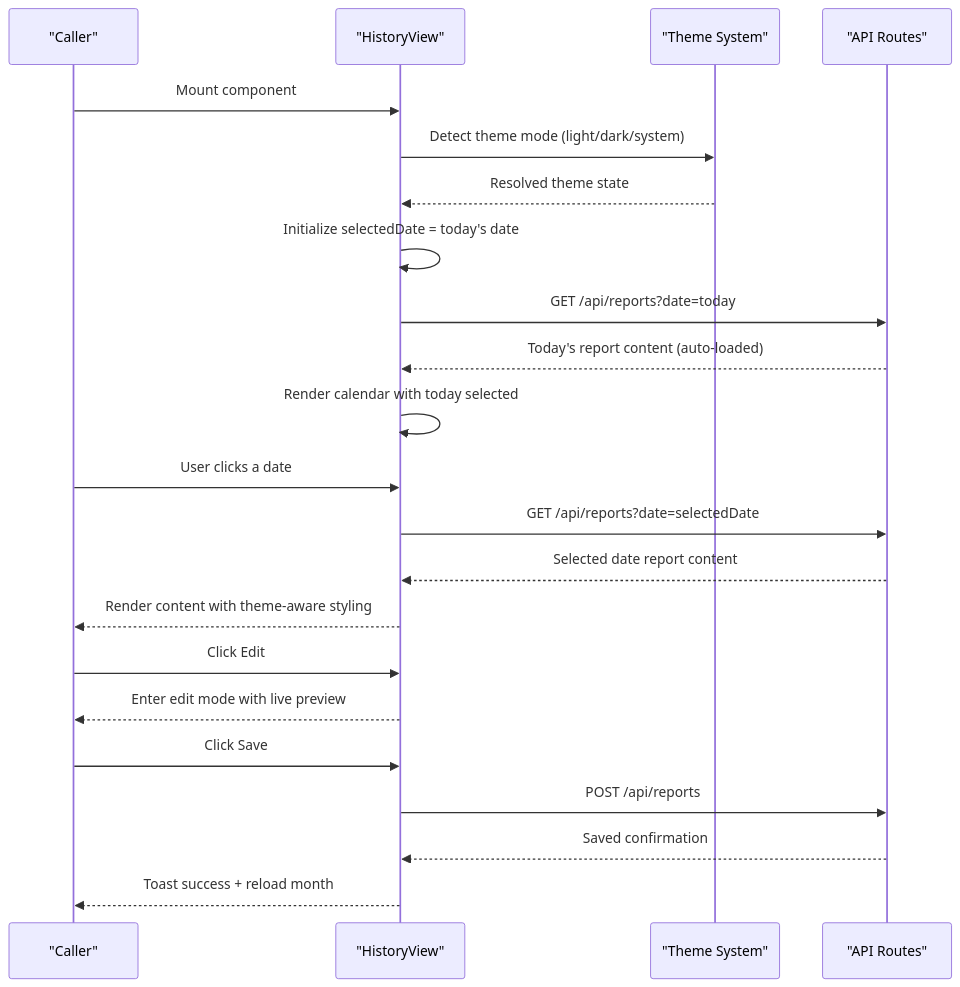
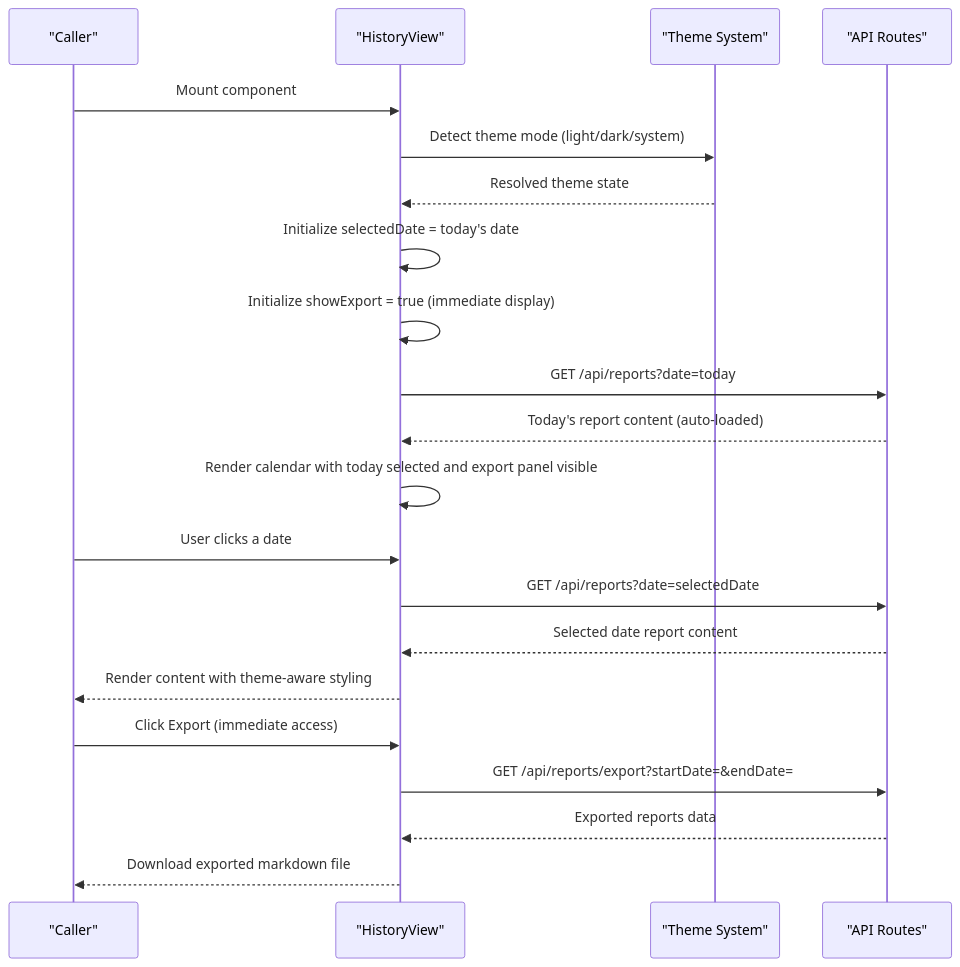
Before and after one commit to jrj444/git-daily: the fifth of 14 diagrams in .qoder/repowiki/en/content/Frontend Components/Frontend Components.md, drawn with Mermaid. The commit also changed other lines of this file and 6 other files, not shown here.

````diff
--- a/.qoder/repowiki/en/content/Frontend Components/Frontend Components.md
+++ b/.qoder/repowiki/en/content/Frontend Components/Frontend Components.md
@@ -402,24 +403,23 @@
 ```mermaid
 sequenceDiagram
 participant C as "Caller"
 participant H as "HistoryView"
 participant Theme as "Theme System"
 participant API as "API Routes"
 C->>H : Mount component
 H->>Theme : Detect theme mode (light/dark/system)
 Theme-->>H : Resolved theme state
 H->>H : Initialize selectedDate = today's date
+H->>H : Initialize showExport = true (immediate display)
 H->>API : GET /api/reports?date=today
 API-->>H : Today's report content (auto-loaded)
-H->>H : Render calendar with today selected
+H->>H : Render calendar with today selected and export panel visible
 C->>H : User clicks a date
 H->>API : GET /api/reports?date=selectedDate
 API-->>H : Selected date report content
 H-->>C : Render content with theme-aware styling
-C->>H : Click Edit
-H-->>C : Enter edit mode with live preview
-C->>H : Click Save
-H->>API : POST /api/reports
-API-->>H : Saved confirmation
-H-->>C : Toast success + reload month
+C->>H : Click Export (immediate access)
+H->>API : GET /api/reports/export?startDate=&endDate=
+API-->>H : Exported reports data
+H-->>C : Download exported markdown file
 ```
````
